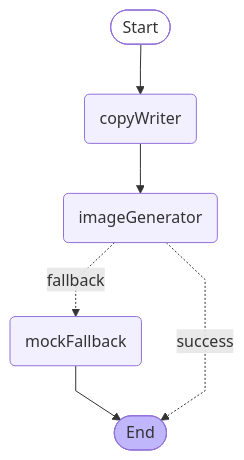
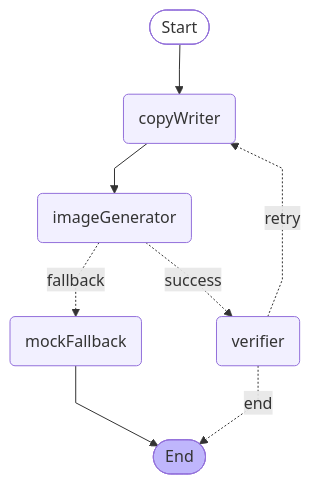
One commit to soma17th-ai17/main-project changed the diagram in lib/agent/README.md. Above: the diagram before and after it, drawn with Mermaid. The commit also changed other lines of this file and 7 other files, not shown here.

Commit message:
Add Upstage IE verifier node with retry on missing keywords

````diff
--- a/lib/agent/README.md
+++ b/lib/agent/README.md
@@ -7,17 +7,20 @@
 ```mermaid
 %%{init: {'flowchart': {'curve': 'linear'}}}%%
 graph TD;
     __start__([Start]):::first
     copyWriter(copyWriter)
     imageGenerator(imageGenerator)
     mockFallback(mockFallback)
+    verifier(verifier)
     __end__([End]):::last
     __start__ --> copyWriter;
     copyWriter --> imageGenerator;
     mockFallback --> __end__;
-    imageGenerator -. success .-> __end__;
+    imageGenerator -. success .-> verifier;
     imageGenerator -. fallback .-> mockFallback;
+    verifier -. end .-> __end__;
+    verifier -. retry .-> copyWriter;
     classDef default fill:#f2f0ff,line-height:1.2;
     classDef first fill-opacity:0;
     classDef last fill:#bfb6fc;
 ```
````
